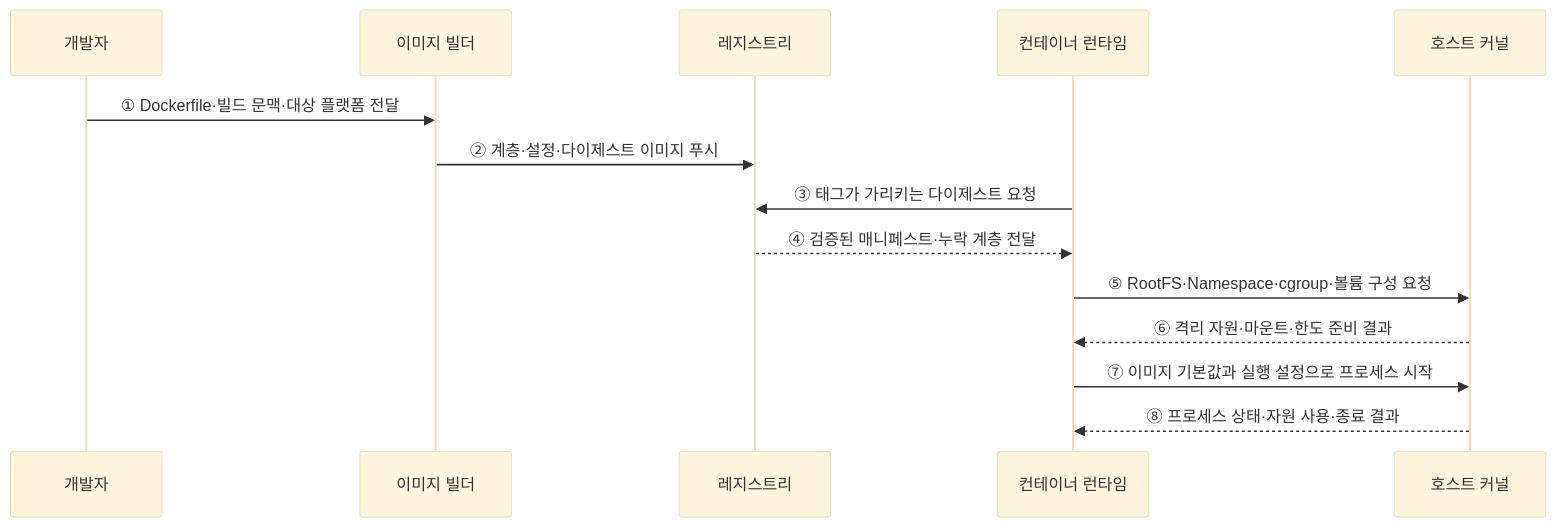
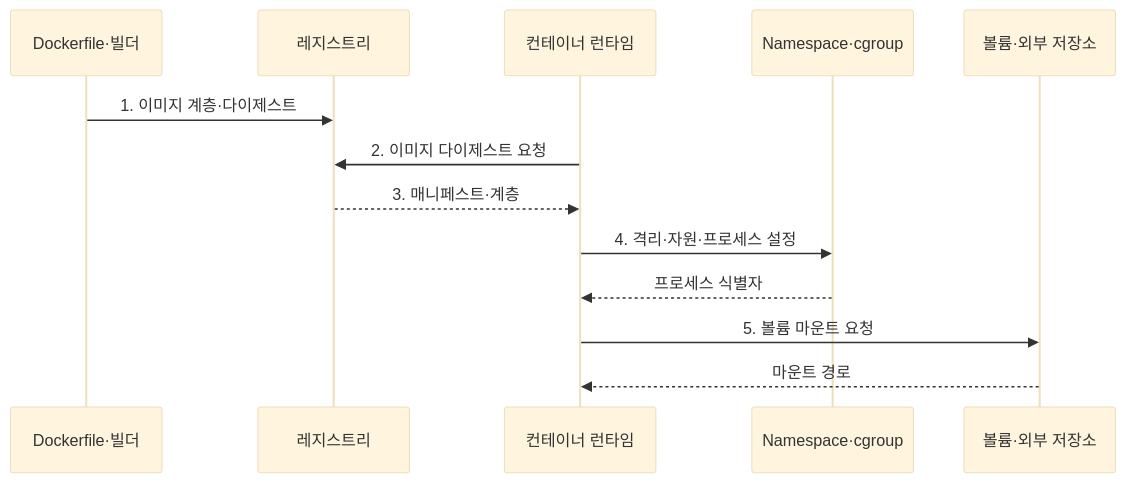
Before and after one commit to agnusdei1207/knowledge-base: the second of 2 diagrams in src/content/docs/notes/03-software/150_docker_container.md, drawn with Mermaid (base theme). The commit also changed other lines of this file and 20 other files, not shown here.

````diff
--- a/src/content/docs/notes/03-software/150_docker_container.md
+++ b/src/content/docs/notes/03-software/150_docker_container.md
@@ -71,16 +82,15 @@
 ```mermaid
 sequenceDiagram
-    participant D as 개발자
-    participant B as 이미지 빌더
+    participant B as Dockerfile·빌더
     participant R as 레지스트리
     participant C as 컨테이너 런타임
-    participant K as 호스트 커널
-    D->>B: ① Dockerfile·빌드 문맥·대상 플랫폼 전달
-    B->>R: ② 계층·설정·다이제스트 이미지 푸시
-    C->>R: ③ 태그가 가리키는 다이제스트 요청
-    R-->>C: ④ 검증된 매니페스트·누락 계층 전달
-    C->>K: ⑤ RootFS·Namespace·cgroup·볼륨 구성 요청
-    K-->>C: ⑥ 격리 자원·마운트·한도 준비 결과
-    C->>K: ⑦ 이미지 기본값과 실행 설정으로 프로세스 시작
-    K-->>C: ⑧ 프로세스 상태·자원 사용·종료 결과
+    participant K as Namespace·cgroup
+    participant V as 볼륨·외부 저장소
+    B->>R: 1. 이미지 계층·다이제스트
+    C->>R: 2. 이미지 다이제스트 요청
+    R-->>C: 3. 매니페스트·계층
+    C->>K: 4. 격리·자원·프로세스 설정
+    K-->>C: 프로세스 식별자
+    C->>V: 5. 볼륨 마운트 요청
+    V-->>C: 마운트 경로
 ```
````
